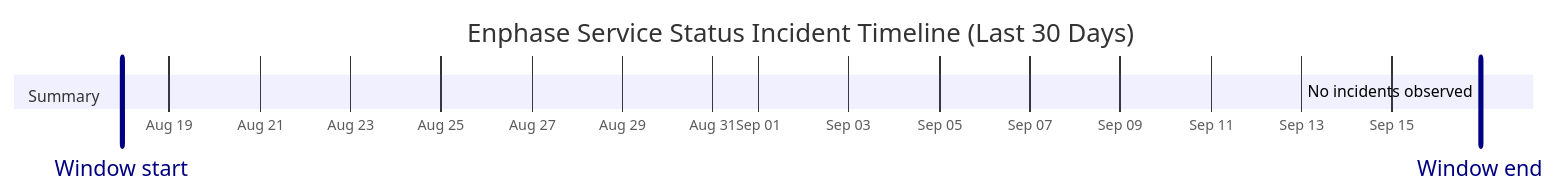
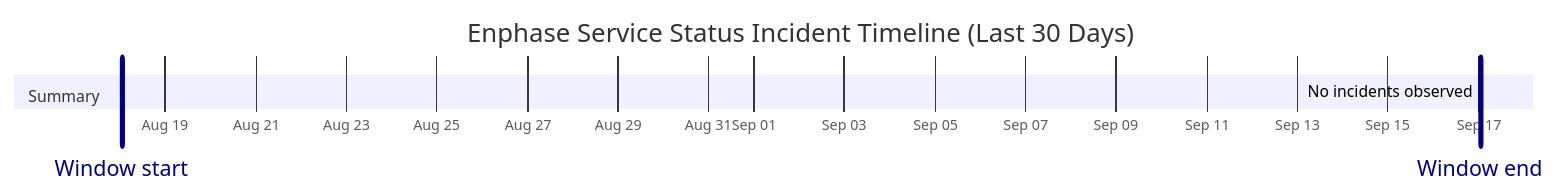
The diagram in wiki/Service-Status-History.md (barneyonline/ha-enphase-energy), drawn with Mermaid before and after one commit. The commit also changed other lines of this file and 3 other files, not shown here.

````diff
--- a/wiki/Service-Status-History.md
+++ b/wiki/Service-Status-History.md
@@ -14,10 +14,10 @@
 ```mermaid
 gantt
     title Enphase Service Status Incident Timeline (Last 30 Days)
     dateFormat  YYYY-MM-DDTHH:mm:ss
     axisFormat  %b %d
-    Window start :vert, window-start, 2026-08-17T22:39:00, 0ms
-    Window end :vert, window-end, 2026-09-16T22:39:00, 0ms
+    Window start :vert, window-start, 2026-08-18T01:05:05, 0ms
+    Window end :vert, window-end, 2026-09-17T01:05:05, 0ms
     section Summary
-    No incidents observed :done, 2026-09-16T22:39:00, 1m
+    No incidents observed :done, 2026-09-17T01:05:05, 1m
 ```
````
